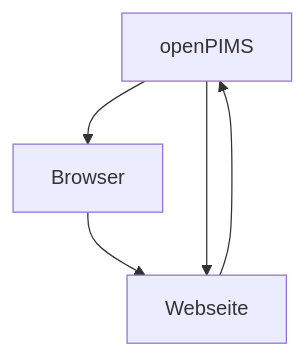
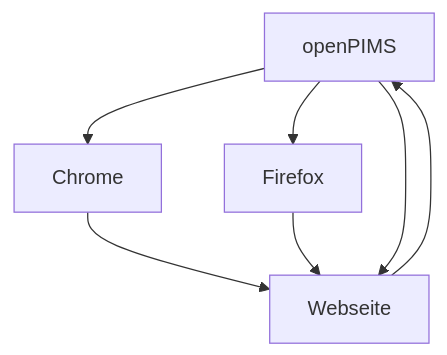
The diagram in README.md (openpims/openpims), drawn with Mermaid before and after one commit.

````diff
--- a/README.md
+++ b/README.md
@@ -8,7 +8,9 @@
 ```mermaid
   graph TD;
-      openPIMS-->Browser;
-      Browser-->Webseite;
+      openPIMS-->Chrome;
+      openPIMS-->Firefox;
+      Chrome-->Webseite;
+      Firefox-->Webseite;
       Webseite-->openPIMS;
       openPIMS-->Webseite;
 ```
````
